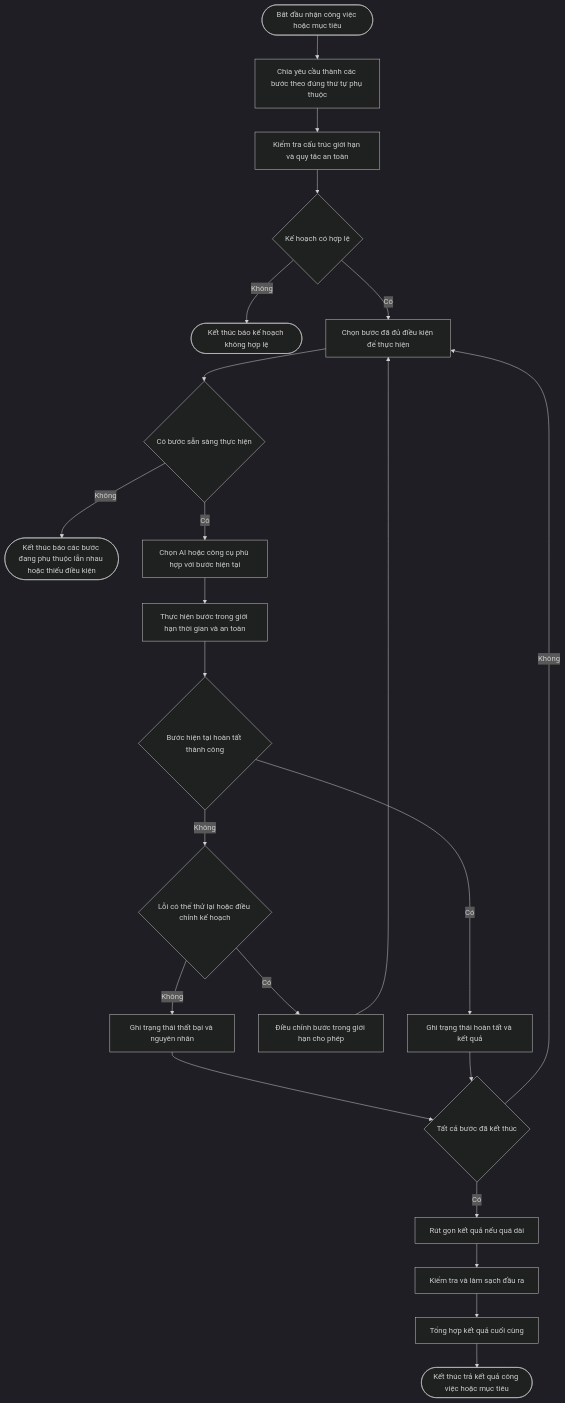
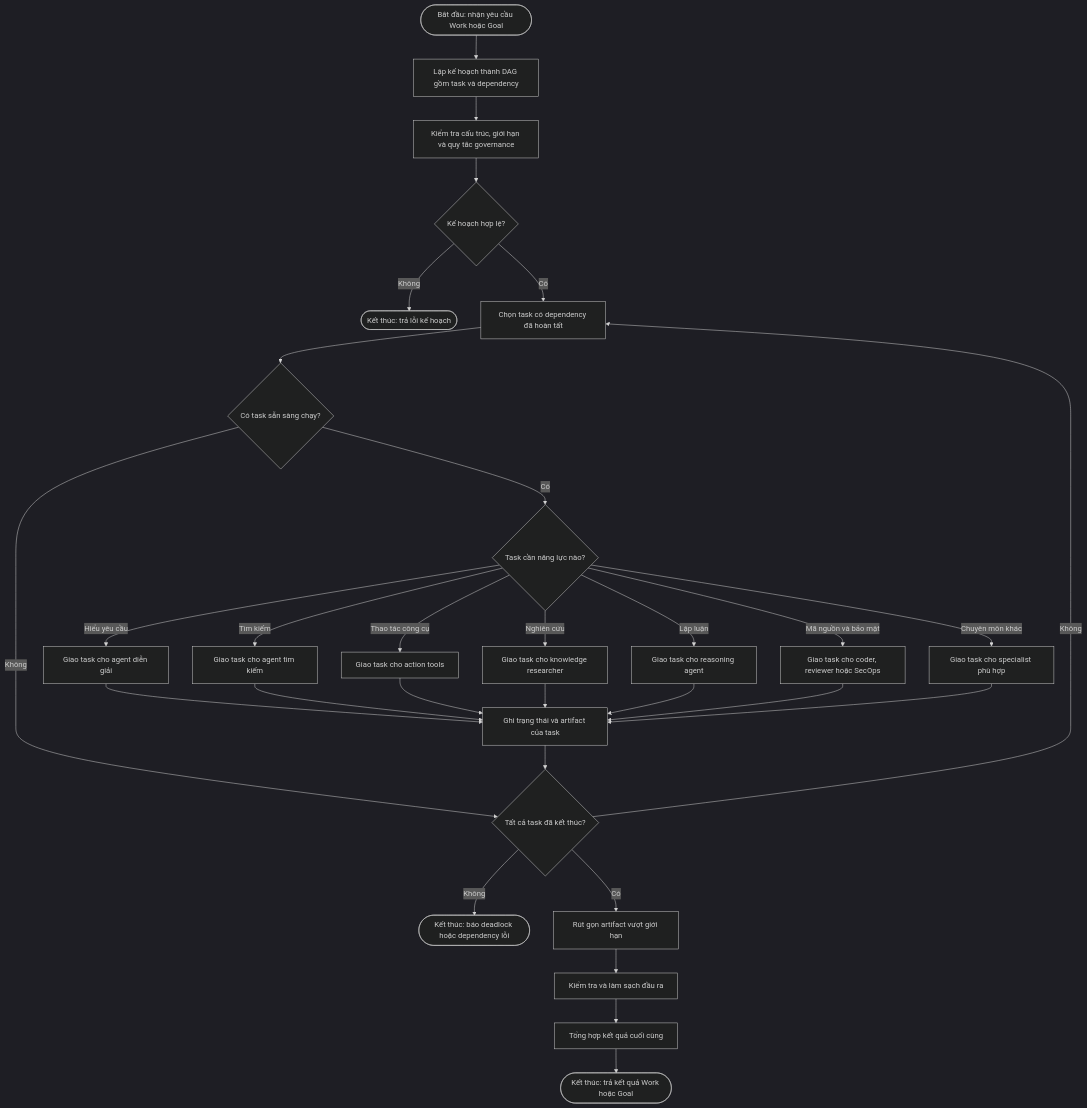
One commit to MinTruqday/dl changed the sixth of 10 diagrams in agentic_ai_workflow_and_architecture_guide_3.md. Above: the diagram before and after it, drawn with Mermaid (dark theme). The commit also changed other lines of this file and 78 other files, not shown here.

````diff
--- a/agentic_ai_workflow_and_architecture_guide_3.md
+++ b/agentic_ai_workflow_and_architecture_guide_3.md
@@ -228,25 +171,32 @@
 ```mermaid
 flowchart TD
-    Start([Bắt đầu nhận công việc hoặc mục tiêu]) --> BuildDAG[Chia yêu cầu thành các bước theo đúng thứ tự phụ thuộc]
-    BuildDAG --> ValidatePlan[Kiểm tra cấu trúc giới hạn và quy tắc an toàn]
-    ValidatePlan --> ValidPlan{Kế hoạch có hợp lệ}
-    ValidPlan -->|Không| PlanError([Kết thúc báo kế hoạch không hợp lệ])
-    ValidPlan -->|Có| PickReadyTask[Chọn bước đã đủ điều kiện để thực hiện]
-    PickReadyTask --> HasReadyTask{Có bước sẵn sàng thực hiện}
-    HasReadyTask -->|Không| Deadlock([Kết thúc báo các bước đang phụ thuộc lẫn nhau hoặc thiếu điều kiện])
-    HasReadyTask -->|Có| AssignExecutor[Chọn AI hoặc công cụ phù hợp với bước hiện tại]
-    AssignExecutor --> ExecuteTask[Thực hiện bước trong giới hạn thời gian và an toàn]
-    ExecuteTask --> TaskSucceeded{Bước hiện tại hoàn tất thành công}
-    TaskSucceeded -->|Có| RecordTask[Ghi trạng thái hoàn tất và kết quả]
-    TaskSucceeded -->|Không| CanRetry{Lỗi có thể thử lại hoặc điều chỉnh kế hoạch}
-    CanRetry -->|Có| ReplanTask[Điều chỉnh bước trong giới hạn cho phép]
-    ReplanTask --> PickReadyTask
-    CanRetry -->|Không| RecordFailure[Ghi trạng thái thất bại và nguyên nhân]
-    RecordFailure --> AllFinished{Tất cả bước đã kết thúc}
+    Start([Bắt đầu: nhận yêu cầu Work hoặc Goal]) --> BuildDAG[Lập kế hoạch thành DAG gồm task và dependency]
+    BuildDAG --> ValidatePlan[Kiểm tra cấu trúc, giới hạn và quy tắc governance]
+    ValidatePlan --> ValidPlan{Kế hoạch hợp lệ?}
+    ValidPlan -->|Không| PlanError([Kết thúc: trả lỗi kế hoạch])
+    ValidPlan -->|Có| PickReadyTask[Chọn task có dependency đã hoàn tất]
+    PickReadyTask --> HasReadyTask{Có task sẵn sàng chạy?}
+    HasReadyTask -->|Không| AllFinished{Tất cả task đã kết thúc?}
+    AllFinished -->|Không| Deadlock([Kết thúc: báo deadlock hoặc dependency lỗi])
+    HasReadyTask -->|Có| ChooseCapability{Task cần năng lực nào?}
+    ChooseCapability -->|Hiểu yêu cầu| RunInterpreter[Giao task cho agent diễn giải]
+    ChooseCapability -->|Tìm kiếm| RunSearch[Giao task cho agent tìm kiếm]
+    ChooseCapability -->|Thao tác công cụ| RunTool[Giao task cho action tools]
+    ChooseCapability -->|Nghiên cứu| RunResearch[Giao task cho knowledge researcher]
+    ChooseCapability -->|Lập luận| RunReasoning[Giao task cho reasoning agent]
+    ChooseCapability -->|Mã nguồn và bảo mật| RunSwarm[Giao task cho coder, reviewer hoặc SecOps]
+    ChooseCapability -->|Chuyên môn khác| RunSpecialist[Giao task cho specialist phù hợp]
+    RunInterpreter --> RecordTask
+    RunSearch --> RecordTask
+    RunTool --> RecordTask
+    RunResearch --> RecordTask
+    RunReasoning --> RecordTask
+    RunSwarm --> RecordTask
+    RunSpecialist --> RecordTask[Ghi trạng thái và artifact của task]
     RecordTask --> AllFinished
     AllFinished -->|Không| PickReadyTask
-    AllFinished -->|Có| TrimResult[Rút gọn kết quả nếu quá dài]
+    AllFinished -->|Có| TrimResult[Rút gọn artifact vượt giới hạn]
     TrimResult --> SanitizeResult[Kiểm tra và làm sạch đầu ra]
     SanitizeResult --> AggregateResult[Tổng hợp kết quả cuối cùng]
-    AggregateResult --> End([Kết thúc trả kết quả công việc hoặc mục tiêu])
+    AggregateResult --> End([Kết thúc: trả kết quả Work hoặc Goal])
 ```
````
